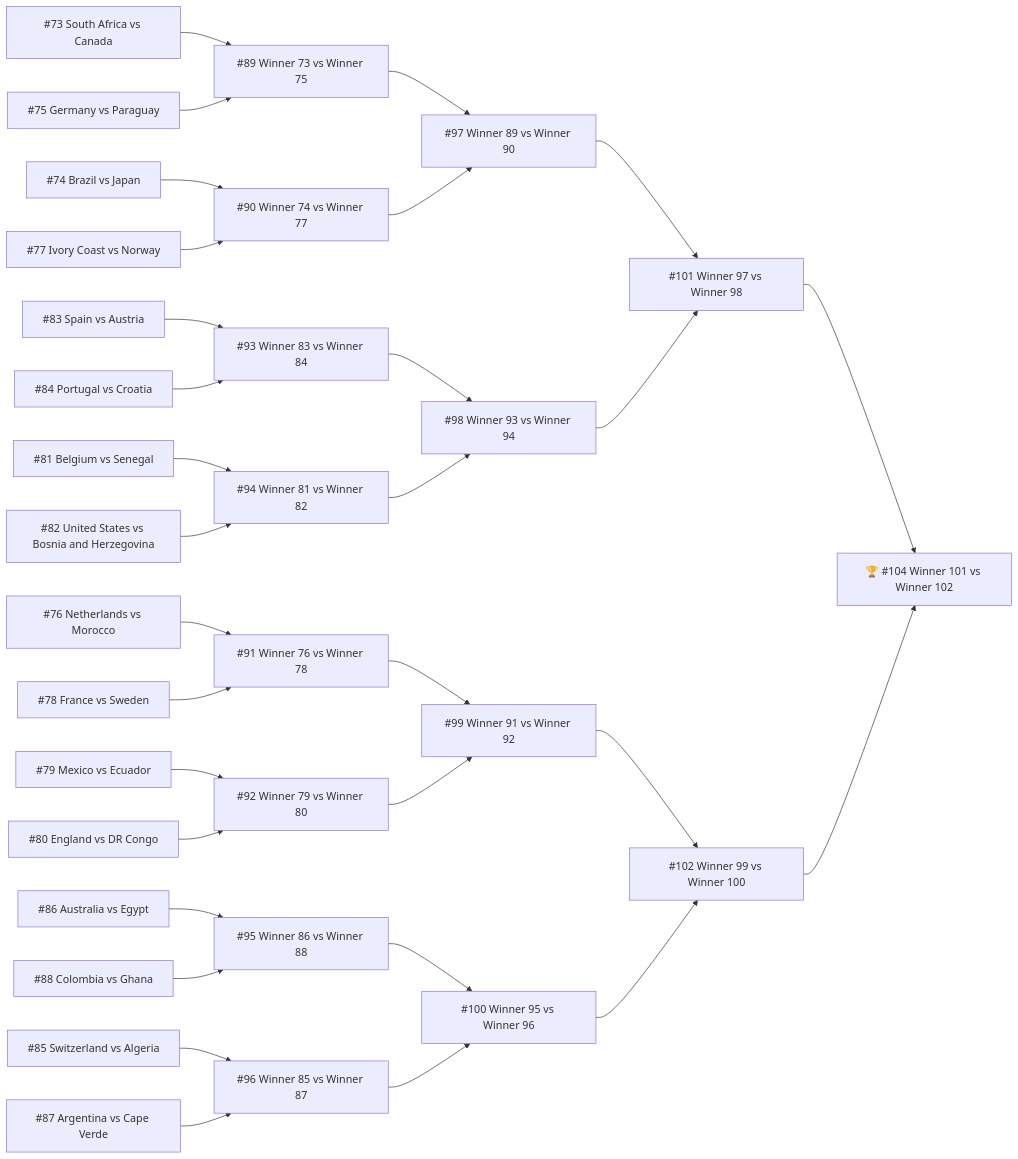
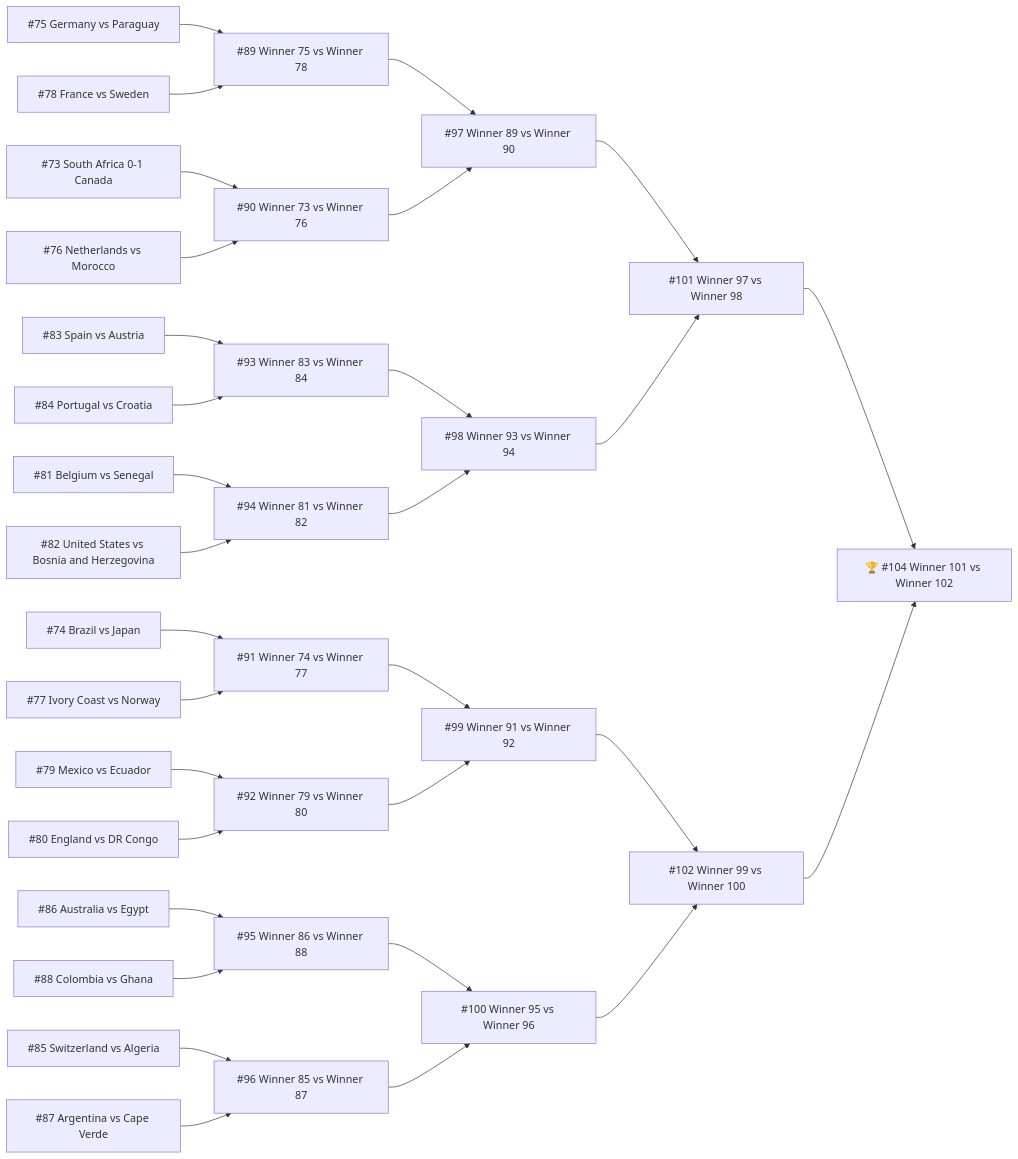
Before and after one commit to didiowen/theyears: the diagram in src/site/notes/Area/Football/World Cup 2026.md, drawn with Mermaid. The commit also changed other lines of this file, not shown here.

Commit message:
auto: WC2026 update 2026-06-30

````diff
--- a/src/site/notes/Area/Football/World Cup 2026.md
+++ b/src/site/notes/Area/Football/World Cup 2026.md
@@ -466,64 +472,64 @@
 ```mermaid
 flowchart LR
-  M73["#73 South Africa vs Canada"]
+  M73["#73 South Africa 0-1 Canada"]
   M74["#74 Brazil vs Japan"]
   M75["#75 Germany vs Paraguay"]
   M76["#76 Netherlands vs Morocco"]
   M77["#77 Ivory Coast vs Norway"]
   M78["#78 France vs Sweden"]
   M79["#79 Mexico vs Ecuador"]
   M80["#80 England vs DR Congo"]
   M81["#81 Belgium vs Senegal"]
   M82["#82 United States vs Bosnia and Herzegovina"]
   M83["#83 Spain vs Austria"]
   M84["#84 Portugal vs Croatia"]
   M85["#85 Switzerland vs Algeria"]
   M86["#86 Australia vs Egypt"]
   M87["#87 Argentina vs Cape Verde"]
   M88["#88 Colombia vs Ghana"]
-  M89["#89 Winner 73 vs Winner 75"]
-  M90["#90 Winner 74 vs Winner 77"]
-  M91["#91 Winner 76 vs Winner 78"]
+  M89["#89 Winner 75 vs Winner 78"]
+  M90["#90 Winner 73 vs Winner 76"]
+  M91["#91 Winner 74 vs Winner 77"]
   M92["#92 Winner 79 vs Winner 80"]
   M93["#93 Winner 83 vs Winner 84"]
   M94["#94 Winner 81 vs Winner 82"]
   M95["#95 Winner 86 vs Winner 88"]
   M96["#96 Winner 85 vs Winner 87"]
   M97["#97 Winner 89 vs Winner 90"]
   M98["#98 Winner 93 vs Winner 94"]
   M99["#99 Winner 91 vs Winner 92"]
   M100["#100 Winner 95 vs Winner 96"]
   M101["#101 Winner 97 vs Winner 98"]
   M102["#102 Winner 99 vs Winner 100"]
   M104["🏆 #104 Winner 101 vs Winner 102"]
-  M73 --> M89
   M75 --> M89
-  M74 --> M90
-  M77 --> M90
-  M76 --> M91
-  M78 --> M91
+  M78 --> M89
+  M73 --> M90
+  M76 --> M90
+  M74 --> M91
+  M77 --> M91
   M79 --> M92
   M80 --> M92
   M83 --> M93
   M84 --> M93
   M81 --> M94
   M82 --> M94
   M86 --> M95
   M88 --> M95
   M85 --> M96
   M87 --> M96
   M89 --> M97
   M90 --> M97
   M93 --> M98
   M94 --> M98
   M91 --> M99
   M92 --> M99
   M95 --> M100
   M96 --> M100
   M97 --> M101
   M98 --> M101
   M99 --> M102
   M100 --> M102
   M101 --> M104
   M102 --> M104
 ```
````
